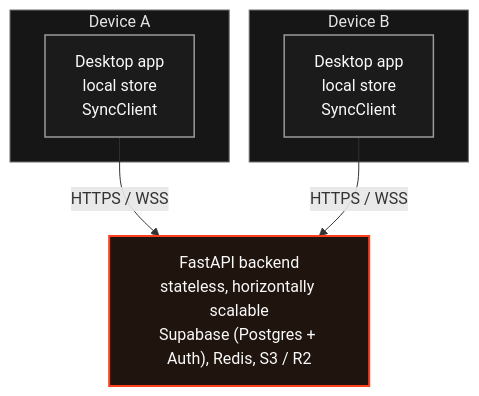
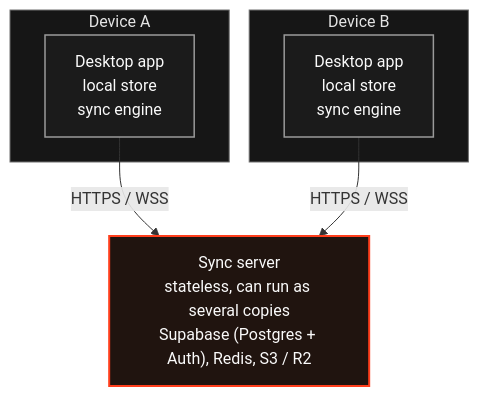
Before and after one commit to NotRover/RoverTools-Orange-Copy-Paste-App: the diagram in README.md, drawn with Mermaid. The commit also changed other lines of this file and 7 other files, not shown here.

````diff
--- a/README.md
+++ b/README.md
@@ -22,19 +41,19 @@
 ```mermaid
 flowchart TB
     subgraph A["Device A"]
-        A1["Desktop app<br/>local store<br/>SyncClient"]
+        A1["Desktop app<br/>local store<br/>sync engine"]
     end
     subgraph B["Device B"]
-        B1["Desktop app<br/>local store<br/>SyncClient"]
+        B1["Desktop app<br/>local store<br/>sync engine"]
     end
-    BE["FastAPI backend<br/>stateless, horizontally scalable<br/>Supabase (Postgres + Auth), Redis, S3 / R2"]
+    BE["Sync server<br/>stateless, can run as several copies<br/>Supabase (Postgres + Auth), Redis, S3 / R2"]
     A1 -- "HTTPS / WSS" --> BE
     B1 -- "HTTPS / WSS" --> BE
 
     classDef device fill:#1b1b1b,stroke:#9a9a9a,stroke-width:1.5px,color:#fafafa
     classDef backend fill:#20140f,stroke:#ff3e1c,stroke-width:2px,color:#fafafa
     class A1,B1 device
     class BE backend
     style A fill:#161616,stroke:#6f6f6f,color:#e4e4e4
     style B fill:#161616,stroke:#6f6f6f,color:#e4e4e4
 ```
````
